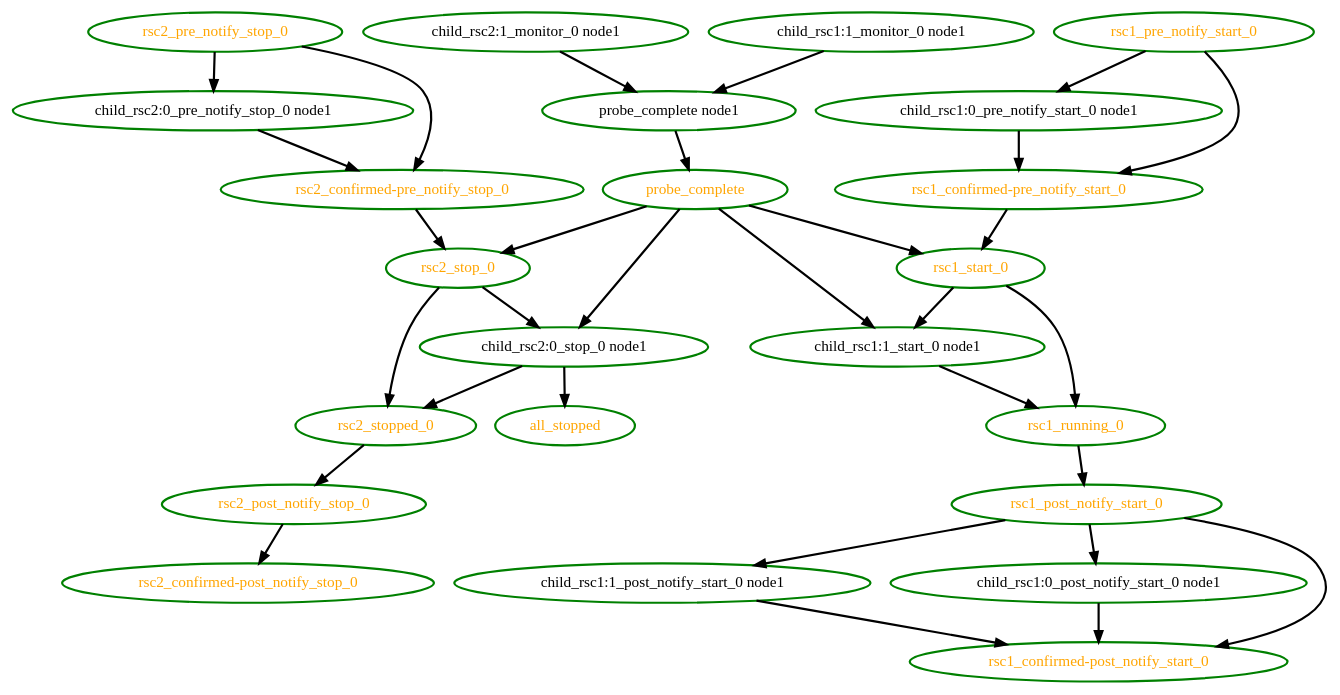
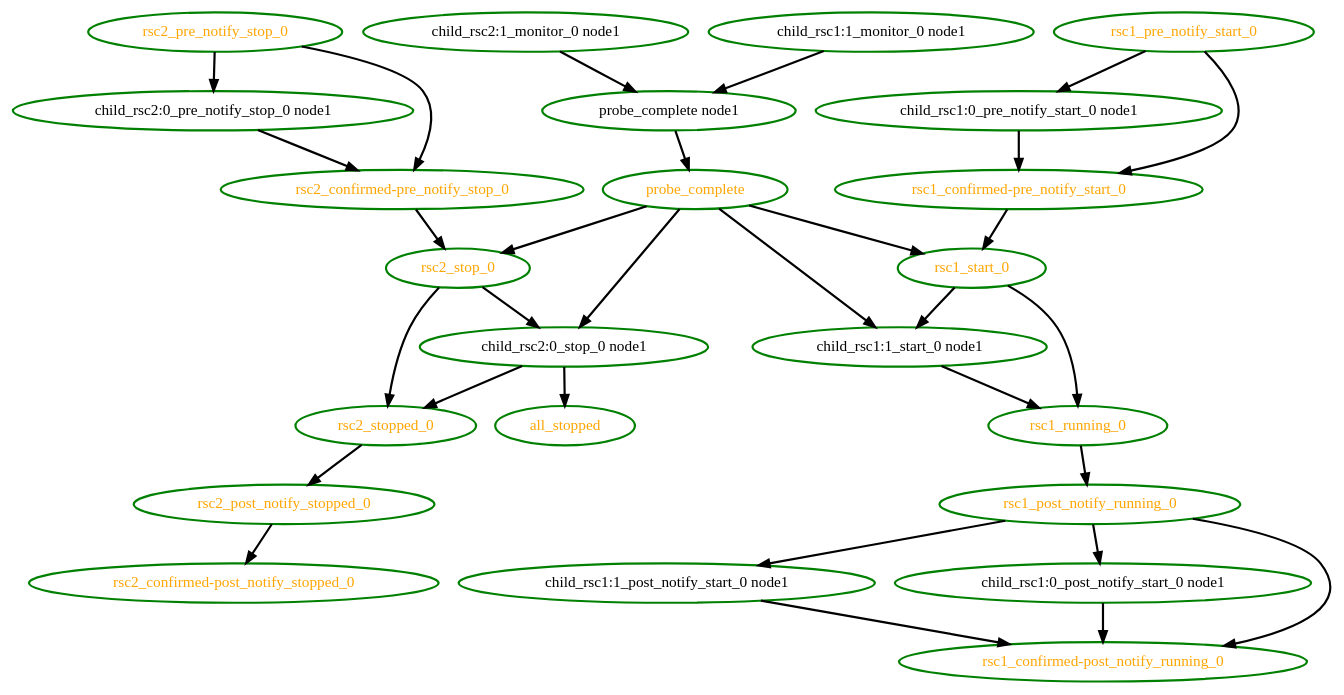
The diagram in pengine/test10/notify-1.dot (linux-ha-japan/pm_diskd), drawn with Graphviz before and after one commit. The commit also changed 68 other files, not shown here.

```diff
--- a/pengine/test10/notify-1.dot
+++ b/pengine/test10/notify-1.dot
@@ -1,55 +1,55 @@
  digraph "g" {
 "all_stopped" [ style=bold color="green" fontcolor="orange"  ]
-"child_rsc1:0_post_notify_start_0 node1" -> "rsc1_confirmed-post_notify_start_0" [ style = bold]
+"child_rsc1:0_post_notify_start_0 node1" -> "rsc1_confirmed-post_notify_running_0" [ style = bold]
 "child_rsc1:0_post_notify_start_0 node1" [ style=bold color="green" fontcolor="black" ]
 "child_rsc1:0_pre_notify_start_0 node1" -> "rsc1_confirmed-pre_notify_start_0" [ style = bold]
 "child_rsc1:0_pre_notify_start_0 node1" [ style=bold color="green" fontcolor="black" ]
 "child_rsc1:1_monitor_0 node1" -> "probe_complete node1" [ style = bold]
 "child_rsc1:1_monitor_0 node1" [ style=bold color="green" fontcolor="black" ]
-"child_rsc1:1_post_notify_start_0 node1" -> "rsc1_confirmed-post_notify_start_0" [ style = bold]
+"child_rsc1:1_post_notify_start_0 node1" -> "rsc1_confirmed-post_notify_running_0" [ style = bold]
 "child_rsc1:1_post_notify_start_0 node1" [ style=bold color="green" fontcolor="black" ]
 "child_rsc1:1_start_0 node1" -> "rsc1_running_0" [ style = bold]
 "child_rsc1:1_start_0 node1" [ style=bold color="green" fontcolor="black" ]
 "child_rsc2:0_pre_notify_stop_0 node1" -> "rsc2_confirmed-pre_notify_stop_0" [ style = bold]
 "child_rsc2:0_pre_notify_stop_0 node1" [ style=bold color="green" fontcolor="black" ]
 "child_rsc2:0_stop_0 node1" -> "all_stopped" [ style = bold]
 "child_rsc2:0_stop_0 node1" -> "rsc2_stopped_0" [ style = bold]
 "child_rsc2:0_stop_0 node1" [ style=bold color="green" fontcolor="black" ]
 "child_rsc2:1_monitor_0 node1" -> "probe_complete node1" [ style = bold]
 "child_rsc2:1_monitor_0 node1" [ style=bold color="green" fontcolor="black" ]
 "probe_complete node1" -> "probe_complete" [ style = bold]
 "probe_complete node1" [ style=bold color="green" fontcolor="black" ]
 "probe_complete" -> "child_rsc1:1_start_0 node1" [ style = bold]
 "probe_complete" -> "child_rsc2:0_stop_0 node1" [ style = bold]
 "probe_complete" -> "rsc1_start_0" [ style = bold]
 "probe_complete" -> "rsc2_stop_0" [ style = bold]
 "probe_complete" [ style=bold color="green" fontcolor="orange" ]
-"rsc1_confirmed-post_notify_start_0" [ style=bold color="green" fontcolor="orange" ]
+"rsc1_confirmed-post_notify_running_0" [ style=bold color="green" fontcolor="orange" ]
 "rsc1_confirmed-pre_notify_start_0" -> "rsc1_start_0" [ style = bold]
 "rsc1_confirmed-pre_notify_start_0" [ style=bold color="green" fontcolor="orange" ]
-"rsc1_post_notify_start_0" -> "child_rsc1:0_post_notify_start_0 node1" [ style = bold]
-"rsc1_post_notify_start_0" -> "child_rsc1:1_post_notify_start_0 node1" [ style = bold]
-"rsc1_post_notify_start_0" -> "rsc1_confirmed-post_notify_start_0" [ style = bold]
-"rsc1_post_notify_start_0" [ style=bold color="green" fontcolor="orange" ]
+"rsc1_post_notify_running_0" -> "child_rsc1:0_post_notify_start_0 node1" [ style = bold]
+"rsc1_post_notify_running_0" -> "child_rsc1:1_post_notify_start_0 node1" [ style = bold]
+"rsc1_post_notify_running_0" -> "rsc1_confirmed-post_notify_running_0" [ style = bold]
+"rsc1_post_notify_running_0" [ style=bold color="green" fontcolor="orange" ]
 "rsc1_pre_notify_start_0" -> "child_rsc1:0_pre_notify_start_0 node1" [ style = bold]
 "rsc1_pre_notify_start_0" -> "rsc1_confirmed-pre_notify_start_0" [ style = bold]
 "rsc1_pre_notify_start_0" [ style=bold color="green" fontcolor="orange" ]
-"rsc1_running_0" -> "rsc1_post_notify_start_0" [ style = bold]
+"rsc1_running_0" -> "rsc1_post_notify_running_0" [ style = bold]
 "rsc1_running_0" [ style=bold color="green" fontcolor="orange" ]
 "rsc1_start_0" -> "child_rsc1:1_start_0 node1" [ style = bold]
 "rsc1_start_0" -> "rsc1_running_0" [ style = bold]
 "rsc1_start_0" [ style=bold color="green" fontcolor="orange" ]
-"rsc2_confirmed-post_notify_stop_0" [ style=bold color="green" fontcolor="orange" ]
+"rsc2_confirmed-post_notify_stopped_0" [ style=bold color="green" fontcolor="orange" ]
 "rsc2_confirmed-pre_notify_stop_0" -> "rsc2_stop_0" [ style = bold]
 "rsc2_confirmed-pre_notify_stop_0" [ style=bold color="green" fontcolor="orange" ]
-"rsc2_post_notify_stop_0" -> "rsc2_confirmed-post_notify_stop_0" [ style = bold]
-"rsc2_post_notify_stop_0" [ style=bold color="green" fontcolor="orange" ]
+"rsc2_post_notify_stopped_0" -> "rsc2_confirmed-post_notify_stopped_0" [ style = bold]
+"rsc2_post_notify_stopped_0" [ style=bold color="green" fontcolor="orange" ]
 "rsc2_pre_notify_stop_0" -> "child_rsc2:0_pre_notify_stop_0 node1" [ style = bold]
 "rsc2_pre_notify_stop_0" -> "rsc2_confirmed-pre_notify_stop_0" [ style = bold]
 "rsc2_pre_notify_stop_0" [ style=bold color="green" fontcolor="orange" ]
 "rsc2_stop_0" -> "child_rsc2:0_stop_0 node1" [ style = bold]
 "rsc2_stop_0" -> "rsc2_stopped_0" [ style = bold]
 "rsc2_stop_0" [ style=bold color="green" fontcolor="orange" ]
-"rsc2_stopped_0" -> "rsc2_post_notify_stop_0" [ style = bold]
+"rsc2_stopped_0" -> "rsc2_post_notify_stopped_0" [ style = bold]
 "rsc2_stopped_0" [ style=bold color="green" fontcolor="orange" ]
 }
```
